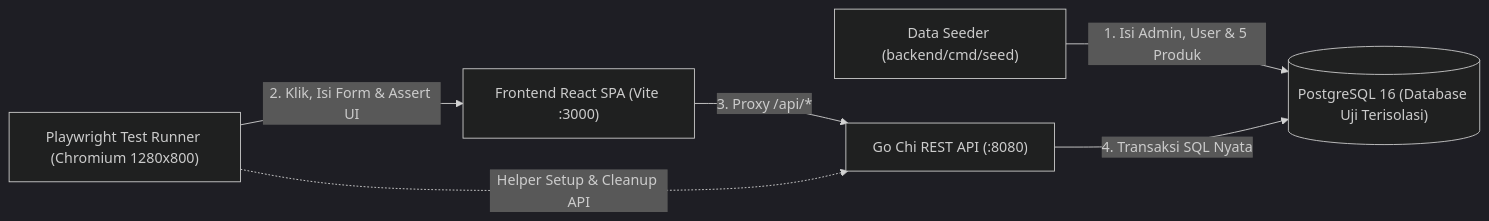
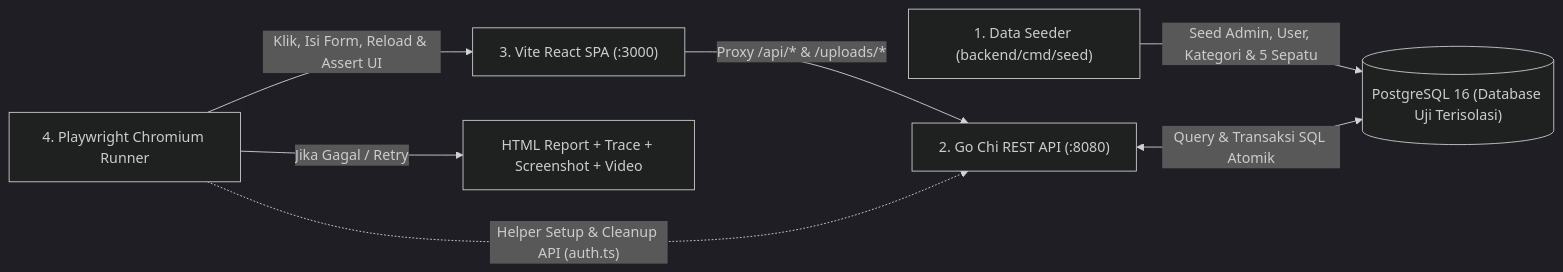
One commit to Ranggadya/Shoes4Us changed the first of 2 diagrams in frontend/e2e/README.md. Above: the diagram before and after it, drawn with Mermaid (dark theme). The commit also changed other lines of this file and 10 other files, not shown here.

Commit message:
test(e2e): expand Playwright test suites to 22 cases and enrich testing documentation

````diff
--- a/frontend/e2e/README.md
+++ b/frontend/e2e/README.md
@@ -23,14 +46,16 @@
 ```mermaid
 flowchart LR
-    PW["Playwright Test Runner (Chromium 1280x800)"]
-    FE["Frontend React SPA (Vite :3000)"]
-    API["Go Chi REST API (:8080)"]
+    Seed["1. Data Seeder (backend/cmd/seed)"]
     DB[("PostgreSQL 16 (Database Uji Terisolasi)")]
-    Seed["Data Seeder (backend/cmd/seed)"]
+    API["2. Go Chi REST API (:8080)"]
+    FE["3. Vite React SPA (:3000)"]
+    PW["4. Playwright Chromium Runner"]
+    Report["HTML Report + Trace + Screenshot + Video"]
 
-    Seed -->|"1. Isi Admin, User & 5 Produk"| DB
-    PW -->|"2. Klik, Isi Form & Assert UI"| FE
-    FE -->|"3. Proxy /api/*"| API
-    PW -.->|"Helper Setup & Cleanup API"| API
-    API -->|"4. Transaksi SQL Nyata"| DB
+    Seed -->|"Seed Admin, User, Kategori & 5 Sepatu"| DB
+    API <-->|"Query & Transaksi SQL Atomik"| DB
+    FE -->|"Proxy /api/* & /uploads/*"| API
+    PW -->|"Klik, Isi Form, Reload & Assert UI"| FE
+    PW -.->|"Helper Setup & Cleanup API (auth.ts)"| API
+    PW -->|"Jika Gagal / Retry"| Report
 ```
````
